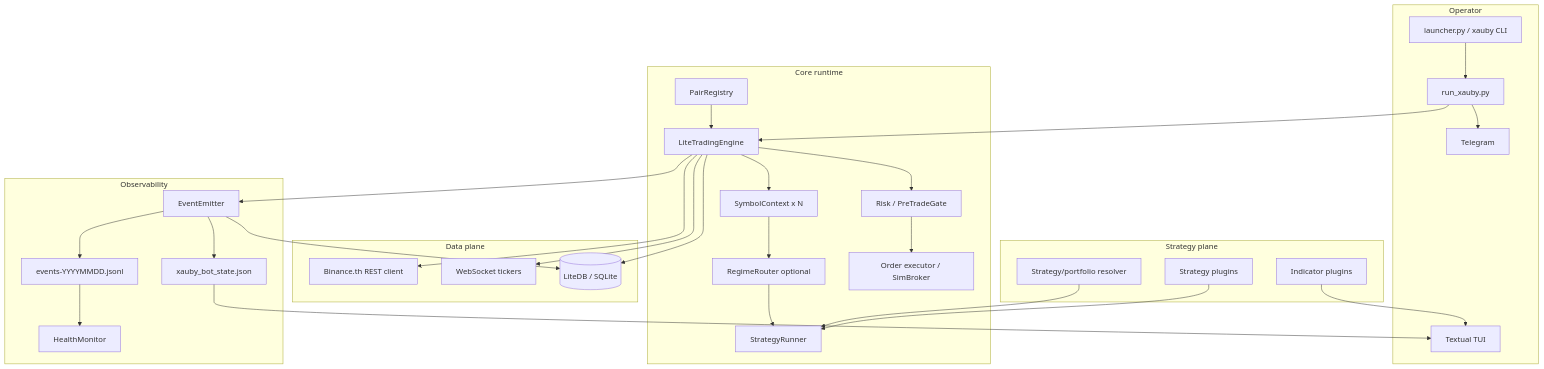
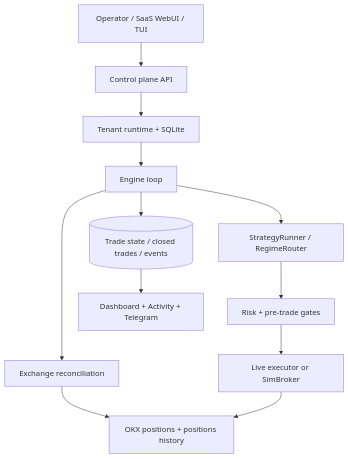
Before and after one commit to iisara555/xAuby: the diagram in docs/architecture.md, drawn with Mermaid. The commit also changed other lines of this file and 6 other files, not shown here.

Commit message:
Rewrite documentation for OKX reconciliation runtime

````diff
--- a/docs/architecture.md
+++ b/docs/architecture.md
@@ -7,56 +7,14 @@
 ```mermaid
 flowchart TB
-  subgraph operator [Operator]
-    LAUNCH["launcher.py / xauby CLI"]
-    RUN["run_xauby.py"]
-    TUI["Textual TUI"]
-    TG["Telegram"]
-  end
-
-  subgraph core [Core runtime]
-    ENG["LiteTradingEngine"]
-    REG["PairRegistry"]
-    SC["SymbolContext x N"]
-    ROUTER["RegimeRouter optional"]
-    RUNNER["StrategyRunner"]
-    RISK["Risk / PreTradeGate"]
-    ORD["Order executor / SimBroker"]
-  end
-
-  subgraph strategy [Strategy plane]
-    PLUG["Strategy plugins"]
-    IND["Indicator plugins"]
-    RES["Strategy/portfolio resolver"]
-  end
-
-  subgraph data [Data plane]
-    CLIENT["Binance.th REST client"]
-    WS["WebSocket tickers"]
-    DB[("LiteDB / SQLite")]
-  end
-
-  subgraph obs [Observability]
-    EMIT["EventEmitter"]
-    JSONL["events-YYYYMMDD.jsonl"]
-    STATE["xauby_bot_state.json"]
-    HEALTH["HealthMonitor"]
-  end
-
-  LAUNCH --> RUN --> ENG
-  RUN --> TG
-  REG --> ENG
-  ENG --> SC --> ROUTER --> RUNNER
-  RES --> RUNNER
-  PLUG --> RUNNER
-  IND --> TUI
-  ENG --> RISK --> ORD
-  ENG --> CLIENT
-  ENG --> WS
-  ENG --> DB
-  ENG --> EMIT
-  EMIT --> JSONL
-  EMIT --> DB
-  EMIT --> STATE
-  STATE --> TUI
-  JSONL --> HEALTH
+  OP["Operator / SaaS WebUI / TUI"] --> API["Control plane API"]
+  API --> TENANT["Tenant runtime + SQLite"]
+  TENANT --> LOOP["Engine loop"]
+  LOOP --> REC["Exchange reconciliation"]
+  REC --> POS["OKX positions + positions history"]
+  LOOP --> STRAT["StrategyRunner / RegimeRouter"]
+  STRAT --> RISK["Risk + pre-trade gates"]
+  RISK --> ORD["Live executor or SimBroker"]
+  ORD --> POS
+  LOOP --> DB[("Trade state / closed trades / events")]
+  DB --> UI["Dashboard + Activity + Telegram"]
 ```
````
